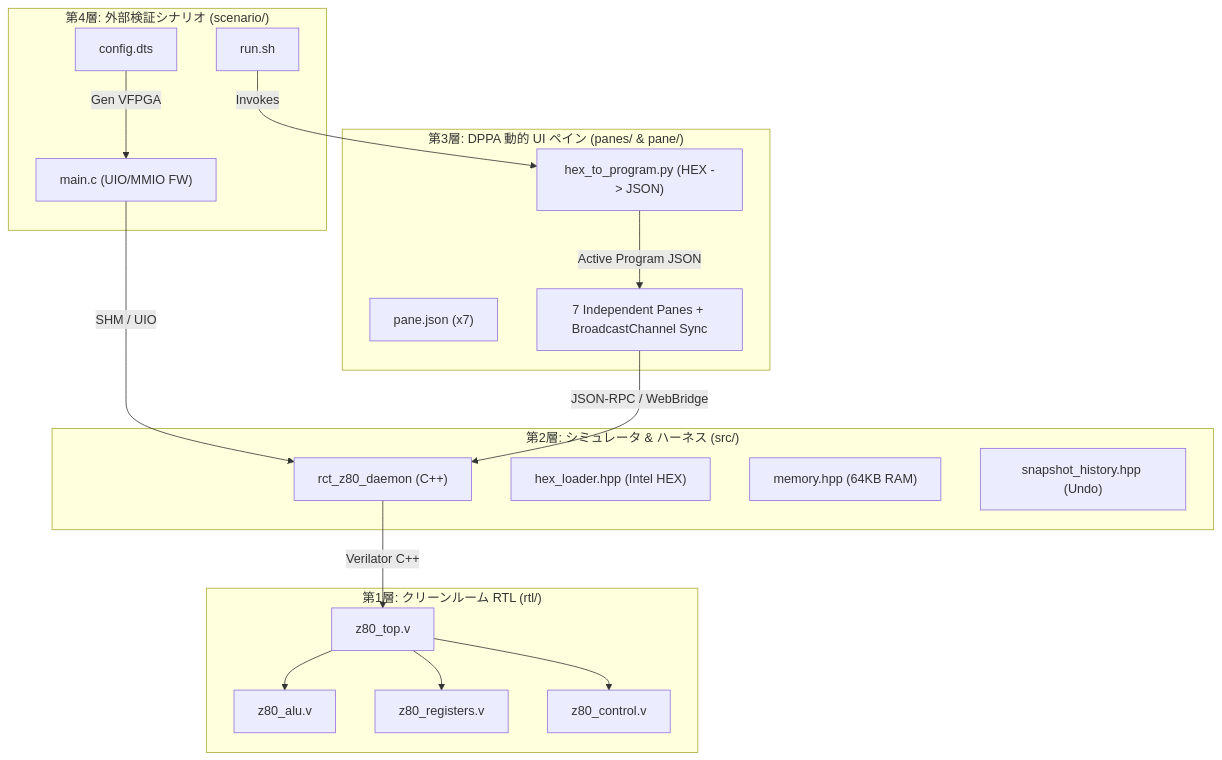
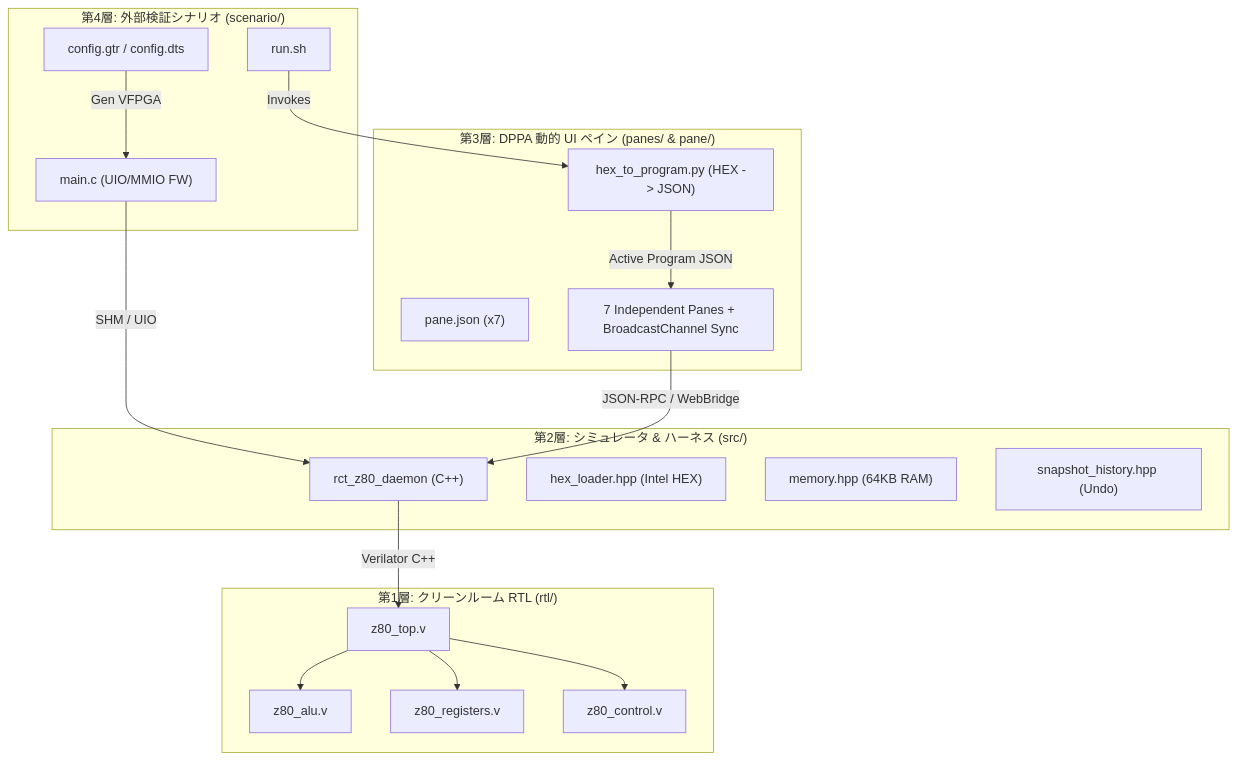
One commit to sirosiro/RetroCoreTracer-FBB changed the diagram in README.md. Above: the diagram before and after it, drawn with Mermaid. The commit also changed other lines of this file and 3 other files, not shown here.

Commit message:
feat: separate z80 virtual register map to config.gtr with include overlay

````diff
--- a/README.md
+++ b/README.md
@@ -48,38 +48,38 @@
 ```mermaid
 graph TD
     subgraph Layer4 ["第4層: 外部検証シナリオ (scenario/)"]
-        DTS["config.dts"]
+        DTS["config.gtr / config.dts"]
         FW["main.c (UIO/MMIO FW)"]
         RUN["run.sh"]
     end
 
     subgraph Layer3 ["第3層: DPPA 動的 UI ペイン (panes/ & pane/)"]
         PANE_JSON["pane.json (x7)"]
         UI_ESM["7 Independent Panes + BroadcastChannel Sync"]
         DISASM["hex_to_program.py (HEX -> JSON)"]
     end
 
     subgraph Layer2 ["第2層: シミュレータ & ハーネス (src/)"]
         DAEMON["rct_z80_daemon (C++)"]
         HEX["hex_loader.hpp (Intel HEX)"]
         MEM["memory.hpp (64KB RAM)"]
         SNAP["snapshot_history.hpp (Undo)"]
     end
 
     subgraph Layer1 ["第1層: クリーンルーム RTL (rtl/)"]
         TOP["z80_top.v"]
         ALU["z80_alu.v"]
         REGS["z80_registers.v"]
         CTRL["z80_control.v"]
     end
 
     DTS -->|Gen VFPGA| FW
     FW -->|SHM / UIO| DAEMON
     RUN -->|Invokes| DISASM
     DISASM -->|Active Program JSON| UI_ESM
     UI_ESM -->|JSON-RPC / WebBridge| DAEMON
     DAEMON -->|Verilator C++| TOP
     TOP --> ALU
     TOP --> REGS
     TOP --> CTRL
 ```
````
